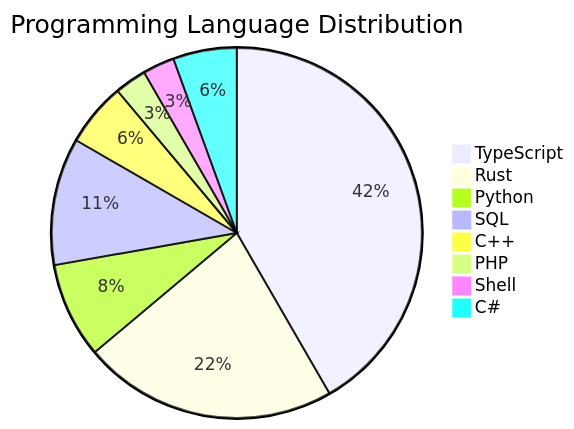
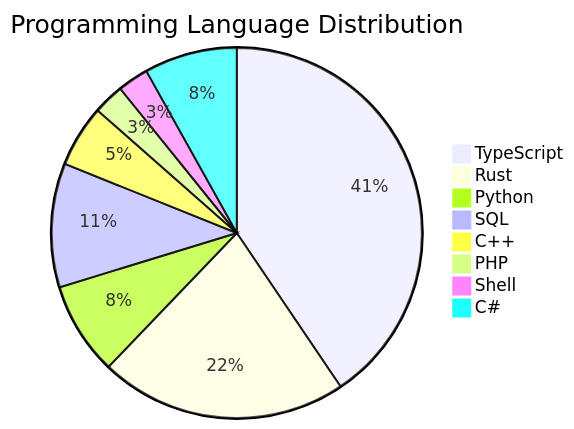
Before and after one commit to ernivani/leetcode-solutions: the second of 2 diagrams in JOURNAL.md, drawn with Mermaid. The commit also changed other lines of this file and 2 other files, not shown here.

````diff
--- a/JOURNAL.md
+++ b/JOURNAL.md
@@ -55,11 +56,11 @@
 ```mermaid
 pie title Programming Language Distribution
     "TypeScript" : 15
     "Rust" : 8
     "Python" : 3
     "SQL" : 4
     "C++" : 2
     "PHP" : 1
     "Shell" : 1
-    "C#" : 2
+    "C#" : 3
 ```
````
